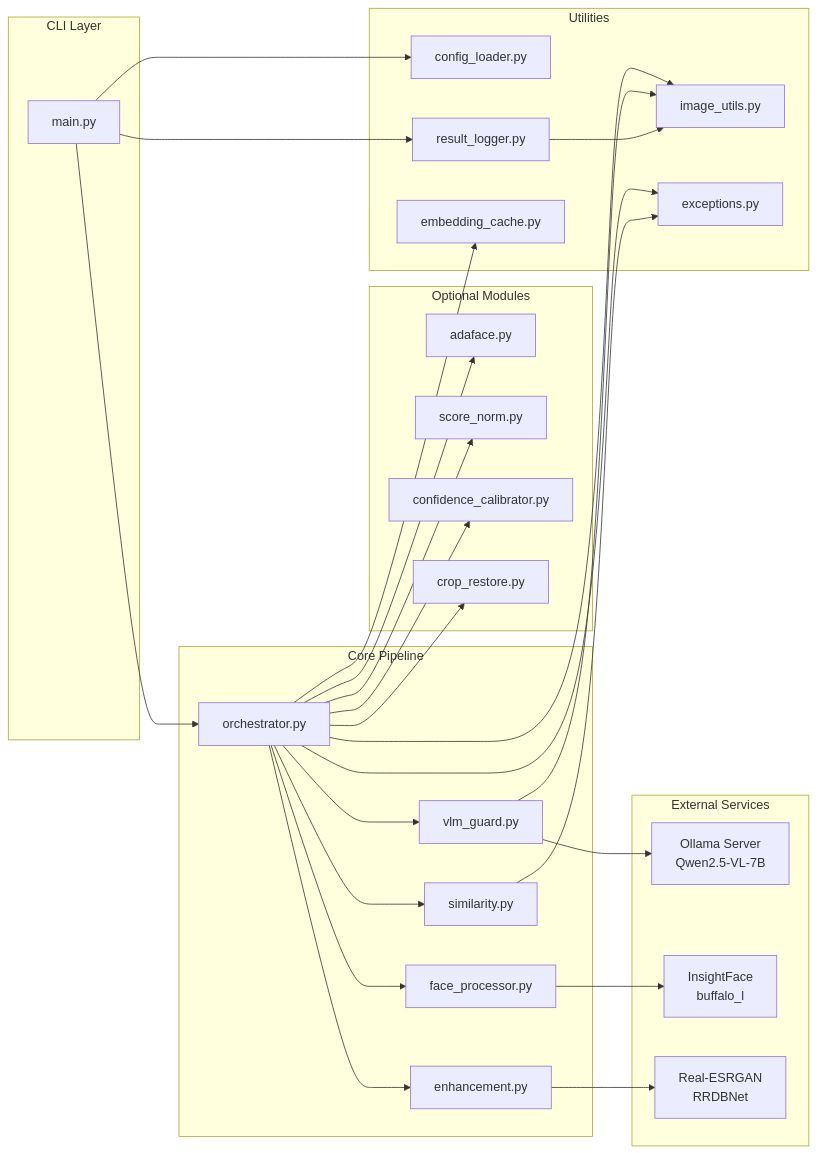
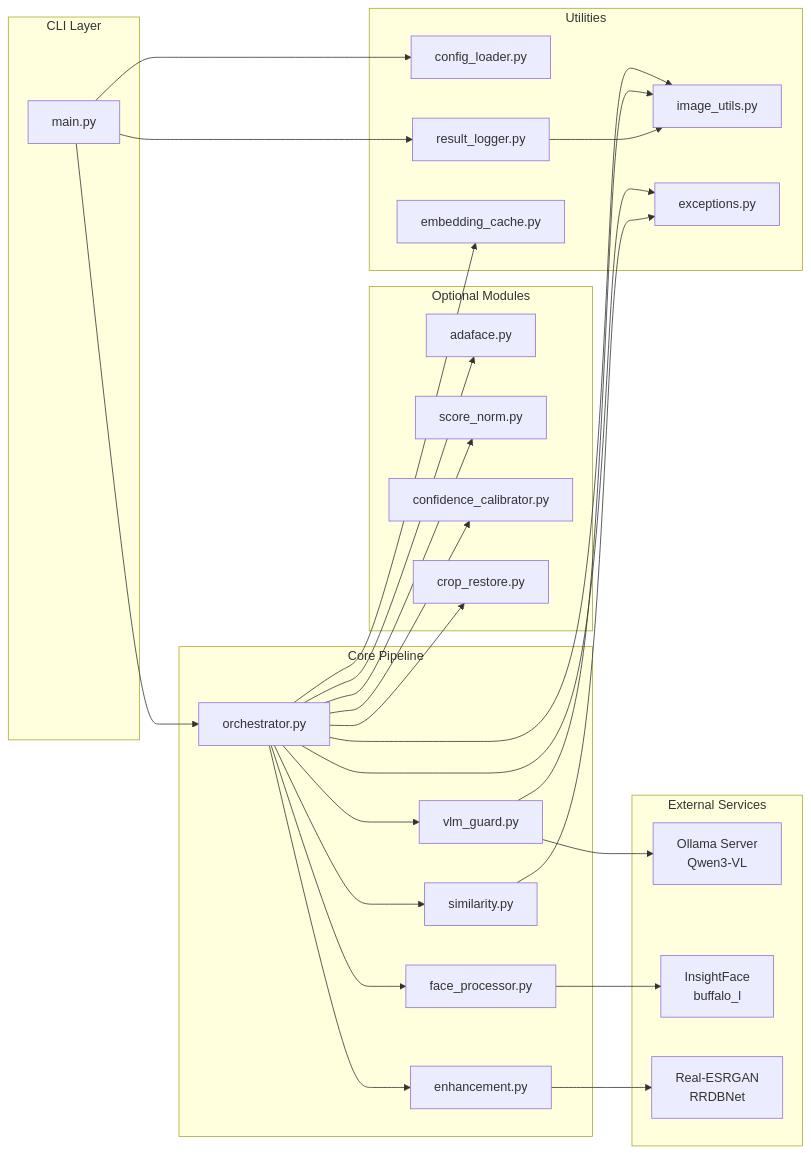
Before and after one commit to MlvPrasadOfficial/GENAI_AADHAR: the third of 12 diagrams in ARCHITECTURE.md, drawn with Mermaid. The commit also changed other lines of this file and 2 other files, not shown here.

Commit message:
v8: Upgrade VLM guard from Qwen2.5-VL-7B to Qwen3-VL
Better fine-detail perception and visual reasoning for face comparison.
Updated config.yaml, CLAUDE.md, and ARCHITECTURE.md references.

````diff
--- a/ARCHITECTURE.md
+++ b/ARCHITECTURE.md
@@ -280,46 +280,46 @@
 ```mermaid
 flowchart LR
     subgraph CLI["CLI Layer"]
         MAIN["main.py"]
     end
 
     subgraph CORE["Core Pipeline"]
         ORCH["orchestrator.py"]
         ENH["enhancement.py"]
         FP["face_processor.py"]
         SIM["similarity.py"]
         VLM["vlm_guard.py"]
     end
 
     subgraph OPTIONAL["Optional Modules"]
         ADA["adaface.py"]
         SNORM["score_norm.py"]
         CAL["confidence_calibrator.py"]
         CROP["crop_restore.py"]
     end
 
     subgraph UTILS["Utilities"]
         IMG["image_utils.py"]
         CFG["config_loader.py"]
         LOG["result_logger.py"]
         CACHE["embedding_cache.py"]
         EXC["exceptions.py"]
     end
 
     subgraph EXTERNAL["External Services"]
-        OLLAMA["Ollama Server<br/>Qwen2.5-VL-7B"]
+        OLLAMA["Ollama Server<br/>Qwen3-VL"]
         IF["InsightFace<br/>buffalo_l"]
         ESRGAN["Real-ESRGAN<br/>RRDBNet"]
     end
 
     MAIN --> ORCH & CFG & LOG
     ORCH --> ENH & FP & SIM & VLM
     ORCH --> ADA & SNORM & CAL & CROP & CACHE
     ORCH --> IMG & EXC
     ENH --> ESRGAN
     FP --> IF
     VLM --> OLLAMA
     VLM --> IMG
     SIM --> EXC
     LOG --> IMG
 ```
````
